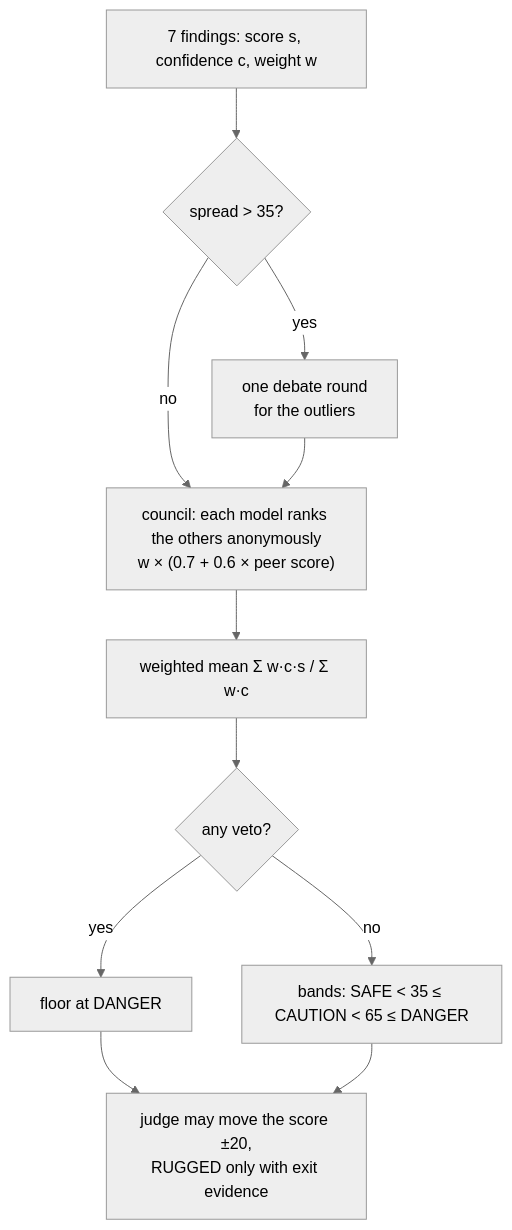
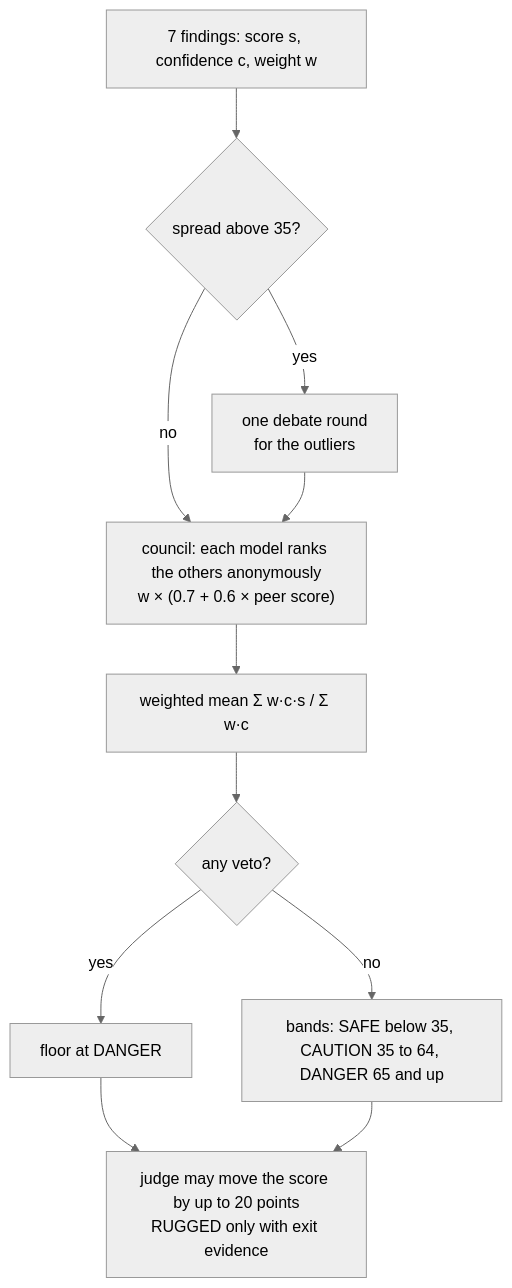
The fifth of 6 diagrams in README.md (0xNickdev/sentinel-agent), drawn with Mermaid (neutral theme) before and after one commit.

Commit message:
README: plain-text labels in the consensus diagram

````diff
--- a/README.md
+++ b/README.md
@@ -128,13 +128,13 @@
 ```mermaid
 flowchart TD
-    F["7 findings: score s, confidence c, weight w"] --> Q{"spread > 35?"}
-    Q -- yes --> DB["one debate round<br/>for the outliers"]
-    Q -- no --> CO
+    F["7 findings: score s, confidence c, weight w"] --> Q{"spread above 35?"}
+    Q -->|yes| DB["one debate round<br/>for the outliers"]
+    Q -->|no| CO
     DB --> CO["council: each model ranks the others anonymously<br/>w × (0.7 + 0.6 × peer score)"]
     CO --> M["weighted mean Σ w·c·s / Σ w·c"]
     M --> V{"any veto?"}
-    V -- yes --> FL["floor at DANGER"]
-    V -- no --> B["bands: SAFE < 35 ≤ CAUTION < 65 ≤ DANGER"]
-    FL --> J["judge may move the score ±20,<br/>RUGGED only with exit evidence"]
+    V -->|yes| FL["floor at DANGER"]
+    V -->|no| B["bands: SAFE below 35, CAUTION 35 to 64, DANGER 65 and up"]
+    FL --> J["judge may move the score by up to 20 points<br/>RUGGED only with exit evidence"]
     B --> J
 ```
````
